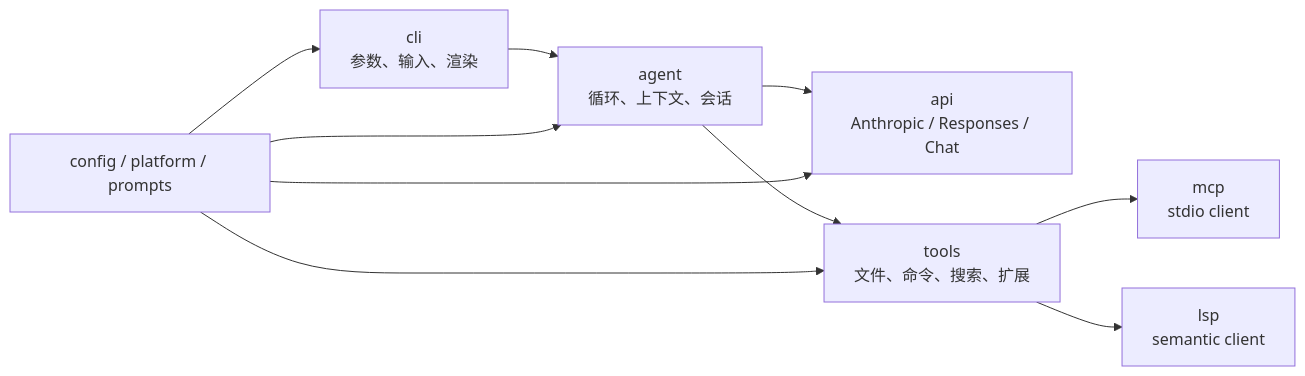
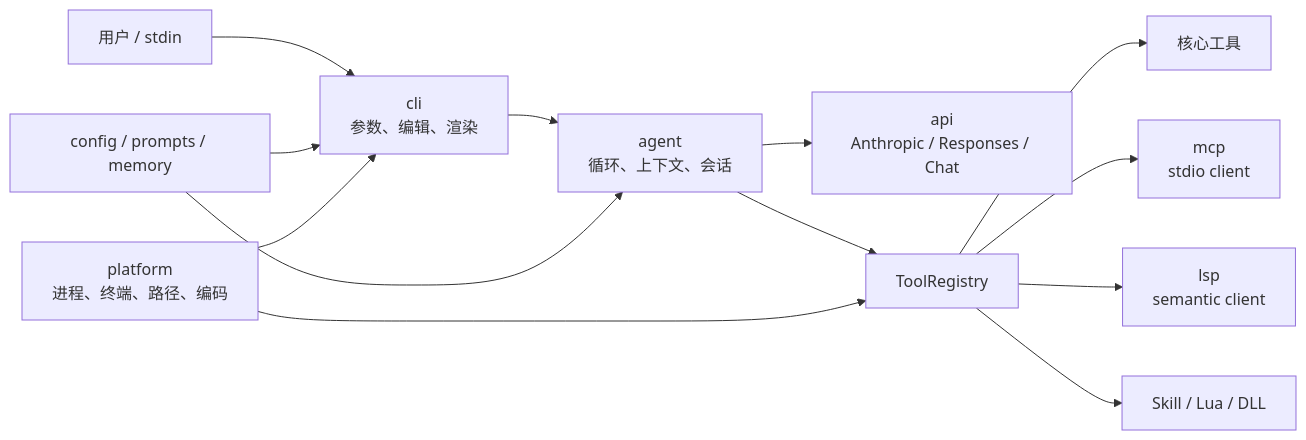
Before and after one commit to relic-yuexi/LubanCode: the first of 2 diagrams in docs/architecture.md, drawn with Mermaid. The commit also changed other lines of this file and 12 other files, not shown here.

````diff
--- a/docs/architecture.md
+++ b/docs/architecture.md
@@ -11,12 +11,15 @@
 ```mermaid
 flowchart LR
-    CLI[cli<br/>参数、输入、渲染] --> Agent[agent<br/>循环、上下文、会话]
+    User[用户 / stdin] --> CLI[cli<br/>参数、编辑、渲染]
+    CLI --> Agent[agent<br/>循环、上下文、会话]
     Agent --> API[api<br/>Anthropic / Responses / Chat]
-    Agent --> Tools[tools<br/>文件、命令、搜索、扩展]
-    Tools --> MCP[mcp<br/>stdio client]
-    Tools --> LSP[lsp<br/>semantic client]
-    Infra[config / platform / prompts] --> CLI
-    Infra --> Agent
-    Infra --> API
-    Infra --> Tools
+    Agent --> Registry[ToolRegistry]
+    Registry --> Core[核心工具]
+    Registry --> MCP[mcp<br/>stdio client]
+    Registry --> LSP[lsp<br/>semantic client]
+    Registry --> Plugin[Skill / Lua / DLL]
+    Config[config / prompts / memory] --> CLI
+    Config --> Agent
+    Platform[platform<br/>进程、终端、路径、编码] --> CLI
+    Platform --> Registry
 ```
````
